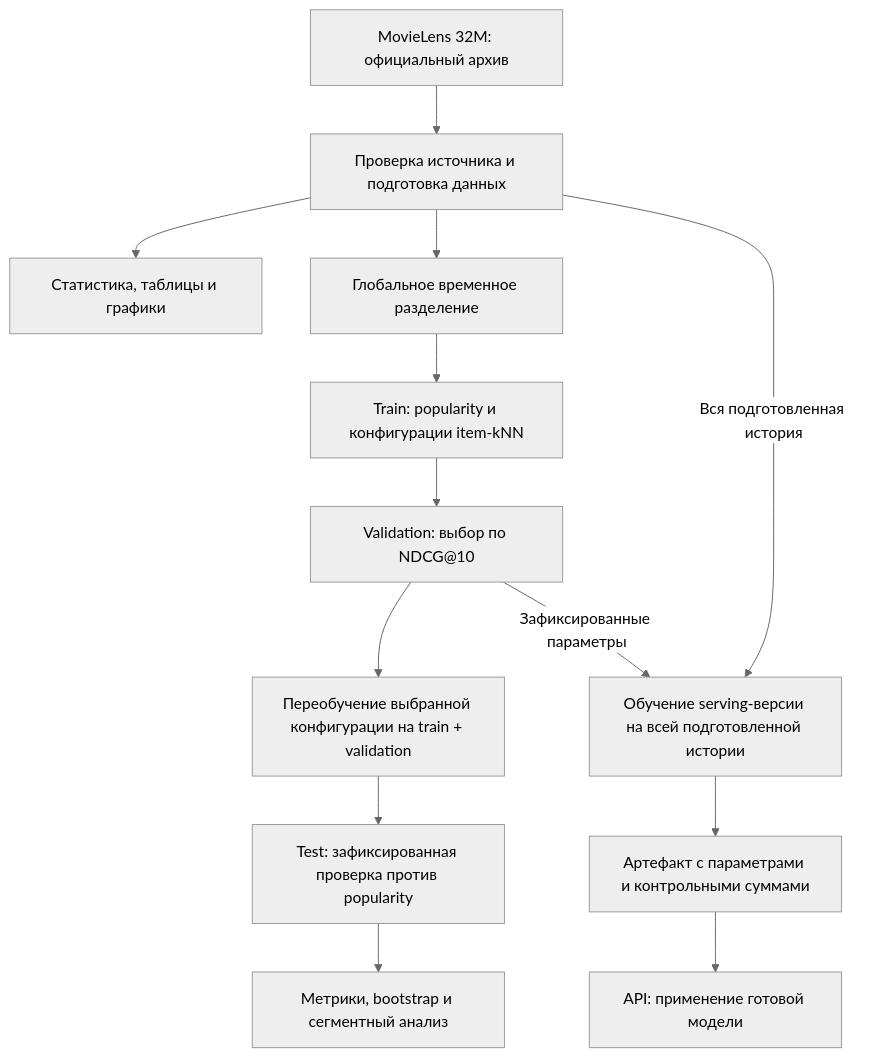
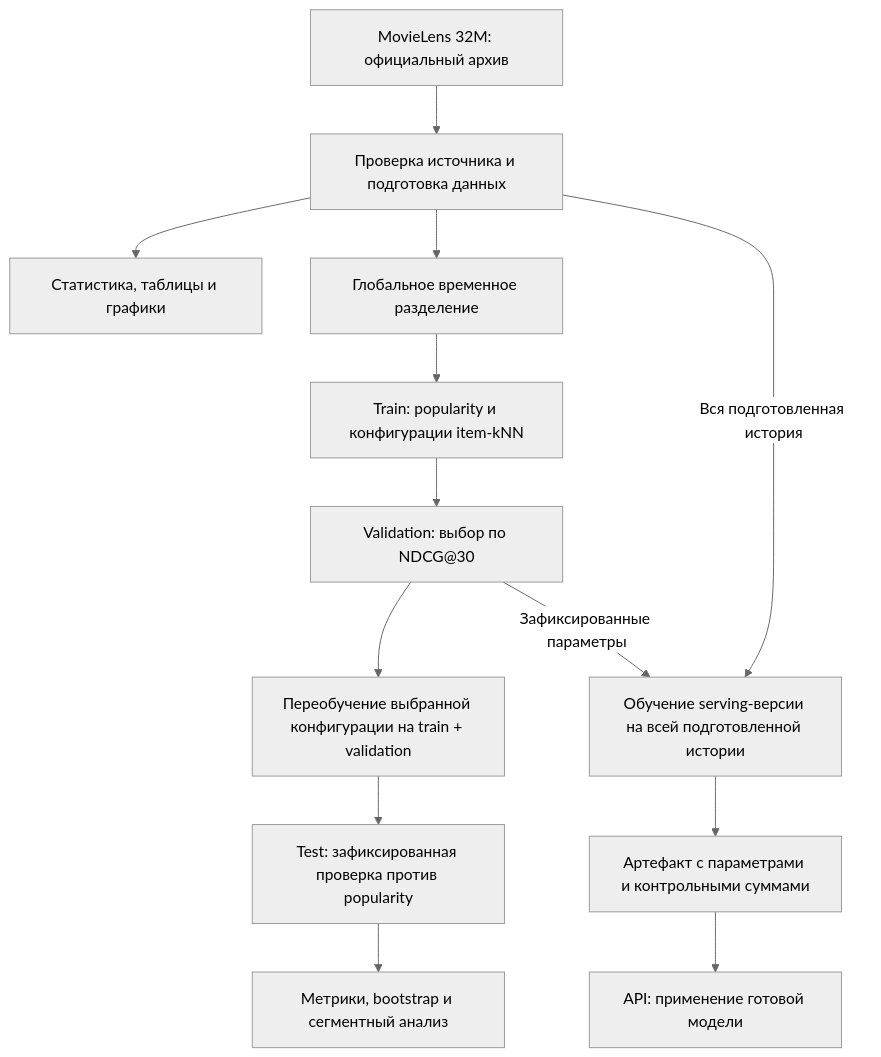
One commit to Arsgaz/movie_model_backend changed the second of 3 diagrams in docs/system-design.md. Above: the diagram before and after it, drawn with Mermaid (neutral theme). The commit also changed other lines of this file and 11 other files, not shown here.

````diff
--- a/docs/system-design.md
+++ b/docs/system-design.md
@@ -38,28 +38,28 @@
 ```mermaid
 flowchart TD
     Source[MovieLens 32M: официальный архив]
     Prepare[Проверка источника и подготовка данных]
     EDA[Статистика, таблицы и графики]
     Split[Глобальное временное разделение]
     Train[Train: popularity и конфигурации item-kNN]
-    Validation[Validation: выбор по NDCG@10]
+    Validation[Validation: выбор по NDCG@30]
     TestModel[Переобучение выбранной конфигурации на train + validation]
     Test[Test: зафиксированная проверка против popularity]
     Assessment[Метрики, bootstrap и сегментный анализ]
     FullFit[Обучение serving-версии на всей подготовленной истории]
     Artifact[Артефакт с параметрами и контрольными суммами]
     Serving[API: применение готовой модели]
 
     Source --> Prepare
     Prepare --> EDA
     Prepare --> Split
     Split --> Train
     Train --> Validation
     Validation --> TestModel
     TestModel --> Test
     Test --> Assessment
     Validation -->|Зафиксированные параметры| FullFit
     Prepare -->|Вся подготовленная история| FullFit
     FullFit --> Artifact
     Artifact --> Serving
 ```
````
